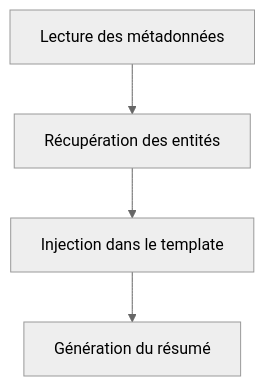
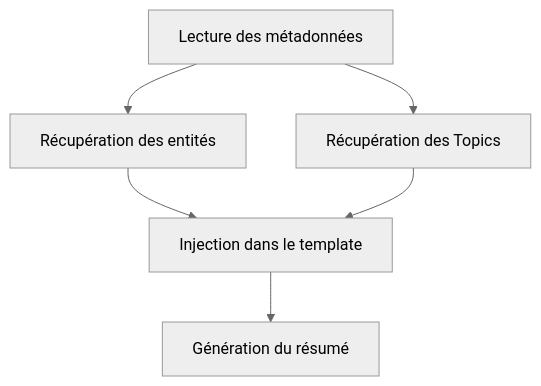
Before and after one commit to flora-4/T-AIA-600-MAR_5: the second of 2 diagrams in Documentation/summarize.md, drawn with Mermaid (neutral theme). The commit also changed other lines of this file and 2 other files, not shown here.

Commit message:
feat : adding topics of the book in the summarize

````diff
--- a/Documentation/summarize.md
+++ b/Documentation/summarize.md
@@ -78,7 +82,9 @@
 ```mermaid
 flowchart TD
 
 A[Lecture des métadonnées] --> B[Récupération des entités]
+A --> E[Récupération des Topics]
 B --> C[Injection dans le template]
+E-->C
 C --> D[Génération du résumé]
 ```
````
